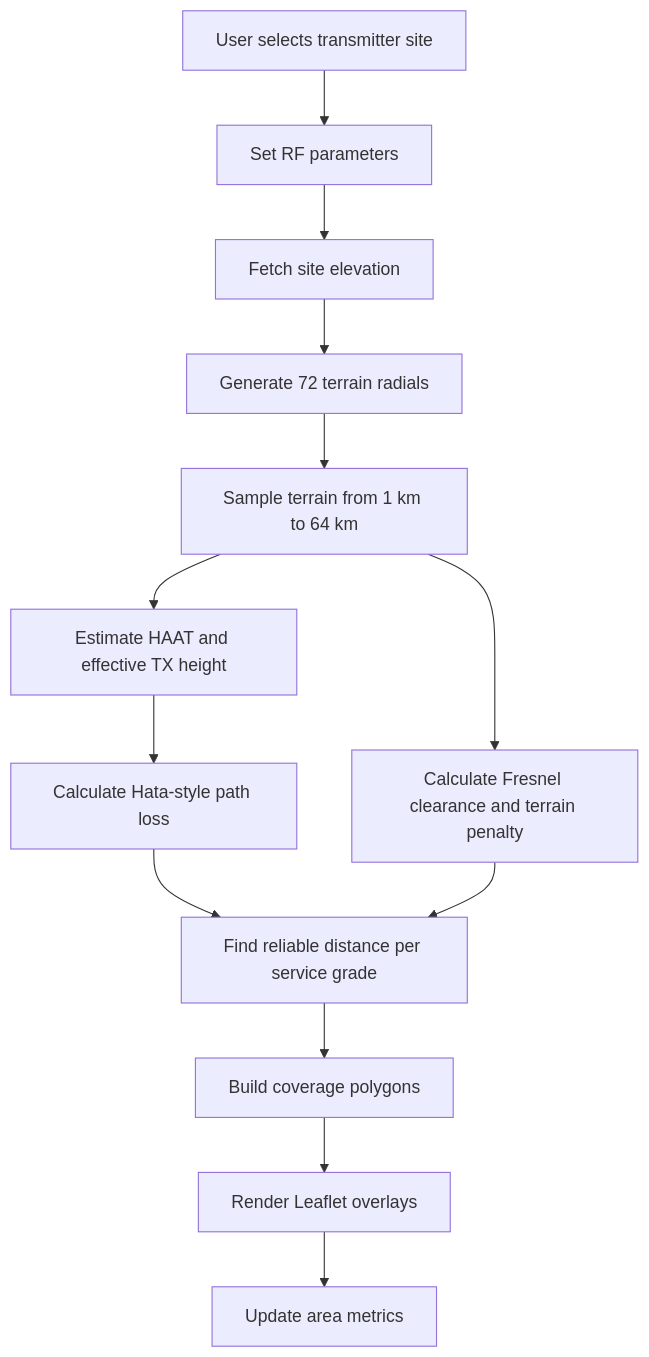
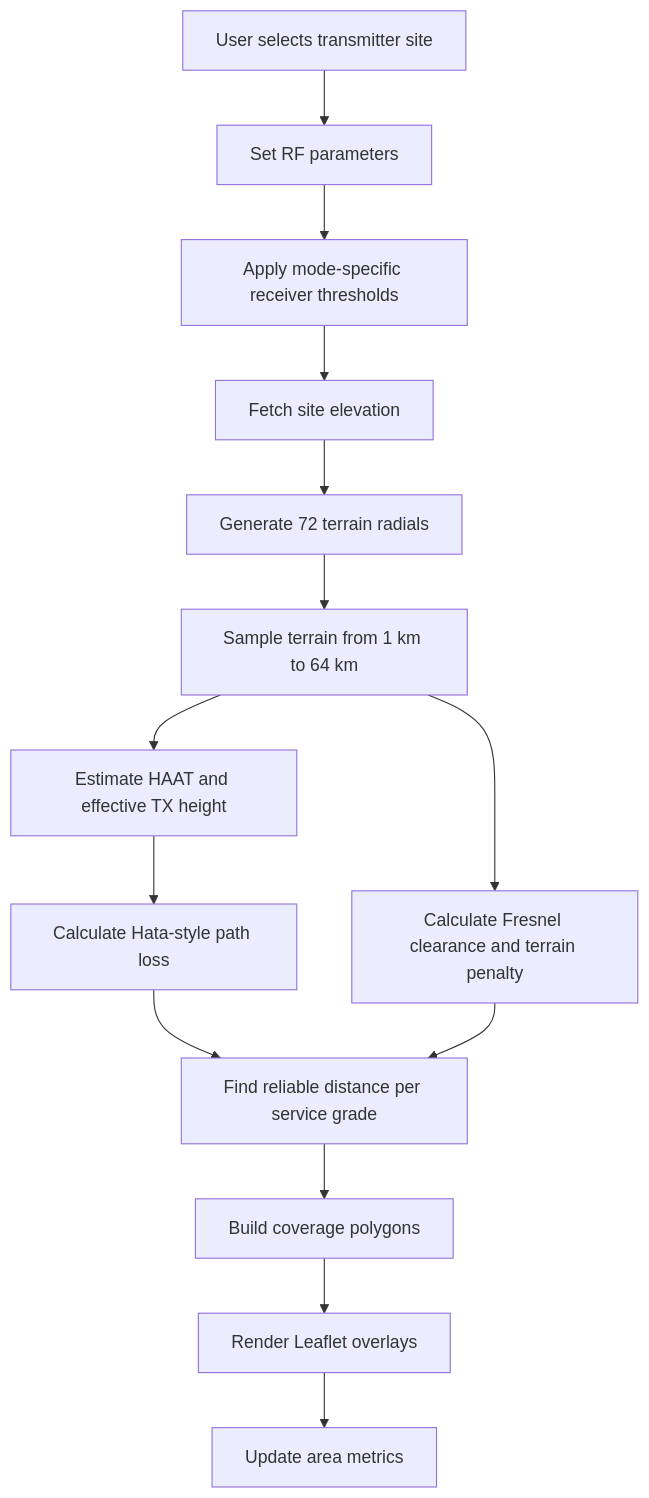
One commit to 9M2PJU/9M2PJU-Amateur-Radio-Signals-Coverage-Map changed the diagram in README.md. Above: the diagram before and after it, drawn with Mermaid. The commit also changed other lines of this file and 7 other files, not shown here.

````diff
--- a/README.md
+++ b/README.md
@@ -97,15 +98,16 @@
 ```mermaid
 graph TD
     User["User selects transmitter site"] --> Params["Set RF parameters"]
-    Params --> Elevation["Fetch site elevation"]
+    Params --> Mode["Apply mode-specific receiver thresholds"]
+    Mode --> Elevation["Fetch site elevation"]
     Elevation --> Radials["Generate 72 terrain radials"]
     Radials --> Samples["Sample terrain from 1 km to 64 km"]
     Samples --> HAAT["Estimate HAAT and effective TX height"]
     HAAT --> PathLoss["Calculate Hata-style path loss"]
     Samples --> TerrainPenalty["Calculate Fresnel clearance and terrain penalty"]
     PathLoss --> Radius["Find reliable distance per service grade"]
     TerrainPenalty --> Radius
     Radius --> Polygons["Build coverage polygons"]
     Polygons --> Map["Render Leaflet overlays"]
     Map --> Metrics["Update area metrics"]
 ```
````
